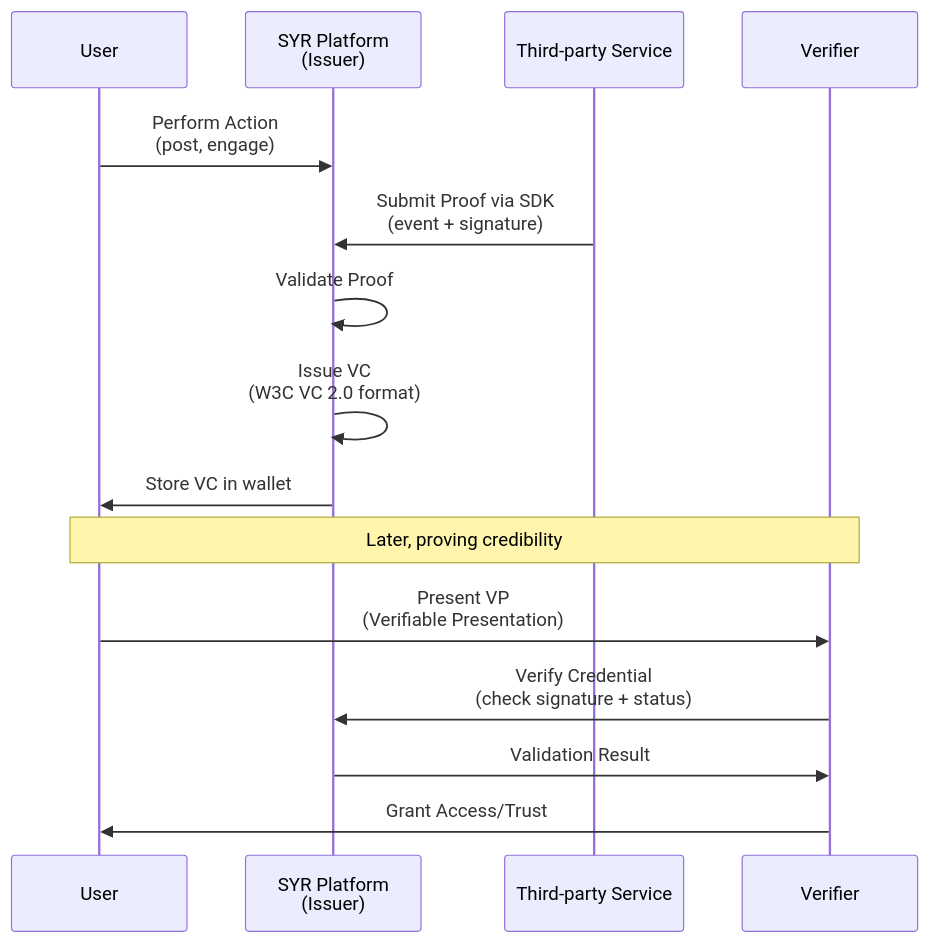
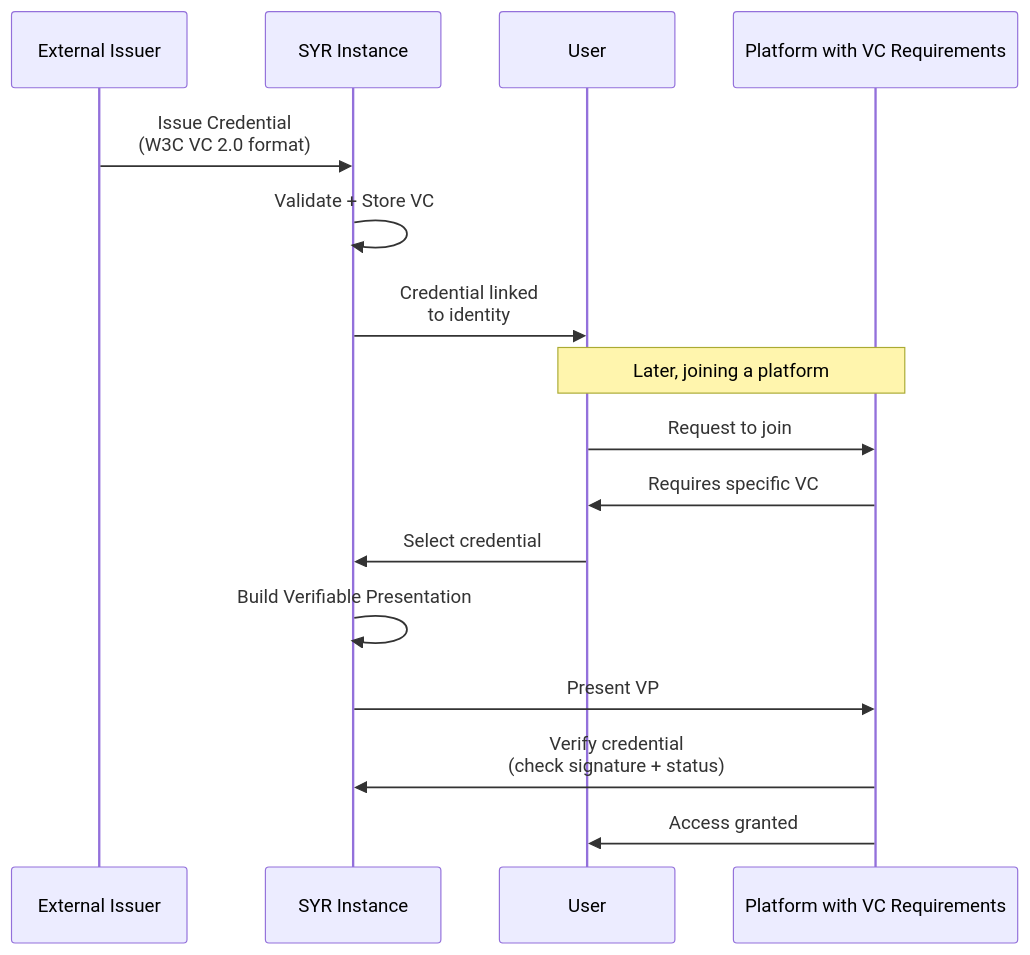
Before and after one commit to syr-is/syr: the fifth of 19 diagrams in Architecture.md, drawn with Mermaid. The commit also changed other lines of this file and 491 other files, not shown here.

````diff
--- a/Architecture.md
+++ b/Architecture.md
@@ -204,20 +241,21 @@
 ```mermaid
 sequenceDiagram
+    participant Issuer as External Issuer
+    participant SYR as SYR Instance
     participant User
-    participant SYR as SYR Platform<br/>(Issuer)
-    participant Service as Third-party Service
-    participant Verifier
+    participant Platform as Platform with VC Requirements
 
-    User->>SYR: Perform Action<br/>(post, engage)
-    Service->>SYR: Submit Proof via SDK<br/>(event + signature)
-    SYR->>SYR: Validate Proof
-    SYR->>SYR: Issue VC<br/>(W3C VC 2.0 format)
-    SYR->>User: Store VC in wallet
+    Issuer->>SYR: Issue Credential<br/>(W3C VC 2.0 format)
+    SYR->>SYR: Validate + Store VC
+    SYR->>User: Credential linked<br/>to identity
 
-    Note over User,Verifier: Later, proving credibility
+    Note over User,Platform: Later, joining a platform
 
-    User->>Verifier: Present VP<br/>(Verifiable Presentation)
-    Verifier->>SYR: Verify Credential<br/>(check signature + status)
-    SYR->>Verifier: Validation Result
-    Verifier->>User: Grant Access/Trust
+    User->>Platform: Request to join
+    Platform->>User: Requires specific VC
+    User->>SYR: Select credential
+    SYR->>SYR: Build Verifiable Presentation
+    SYR->>Platform: Present VP
+    Platform->>SYR: Verify credential<br/>(check signature + status)
+    Platform->>User: Access granted
 ```
````
